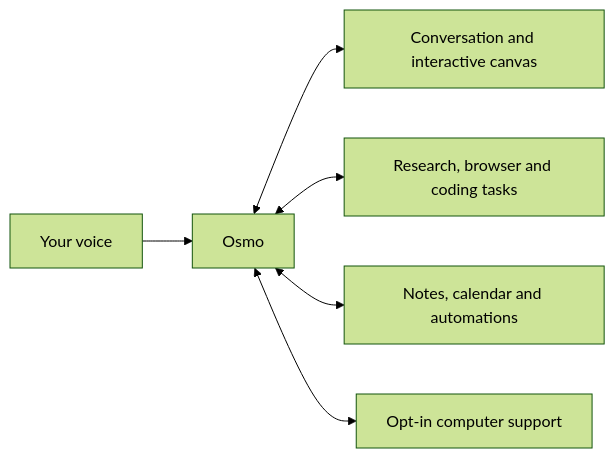
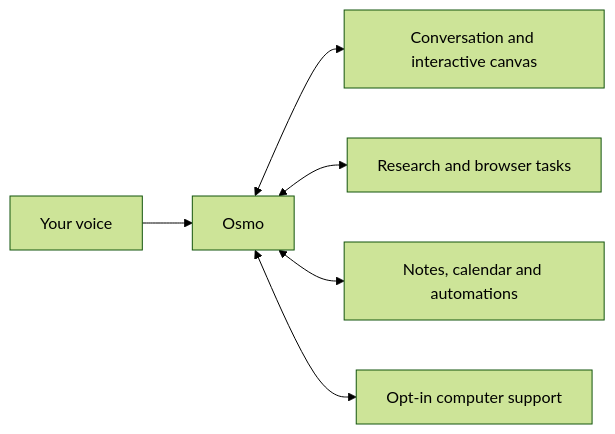
Before and after one commit to Sarthakischauhan/osmo: the diagram in README.md, drawn with Mermaid (forest theme). The commit also changed other lines of this file and 31 other files, not shown here.

````diff
--- a/README.md
+++ b/README.md
@@ -56,8 +52,8 @@
 ```mermaid
 flowchart LR
   You[Your voice] --> Osmo[Osmo]
   Osmo <--> Canvas[Conversation and interactive canvas]
-  Osmo <--> Tasks[Research, browser and coding tasks]
+  Osmo <--> Tasks[Research and browser tasks]
   Osmo <--> Day[Notes, calendar and automations]
   Osmo <--> Desktop[Opt-in computer support]
 ```
````
